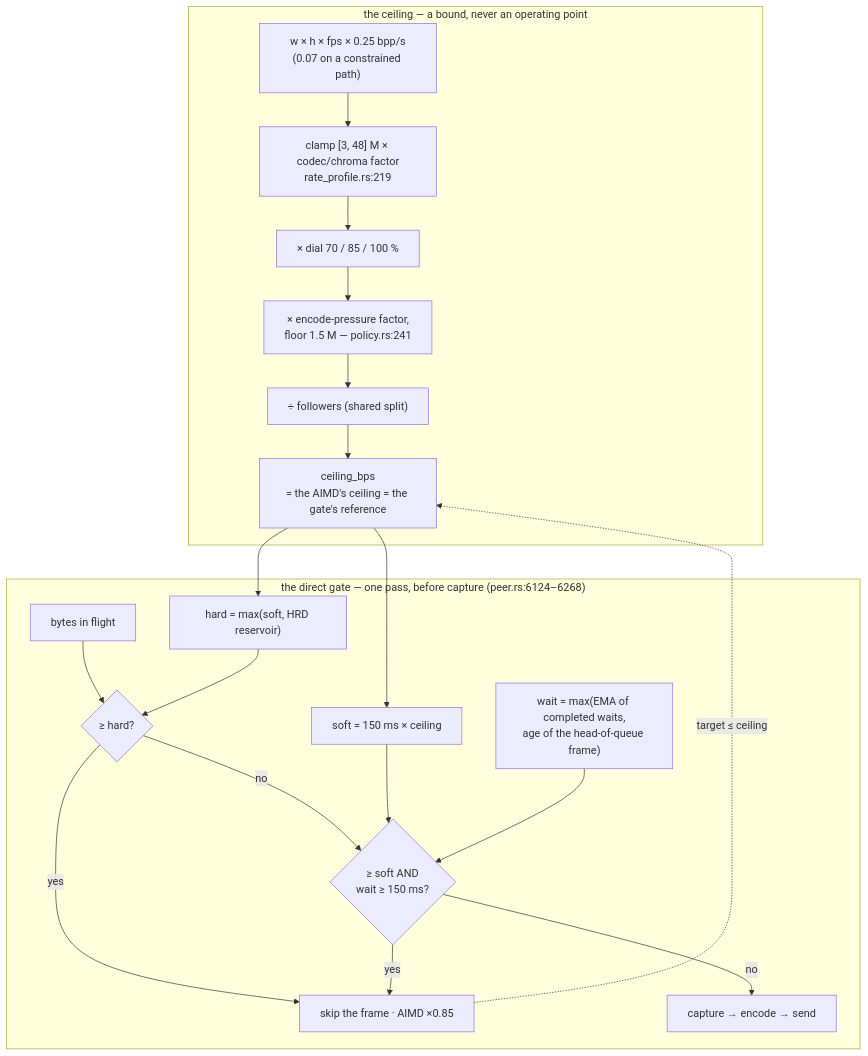
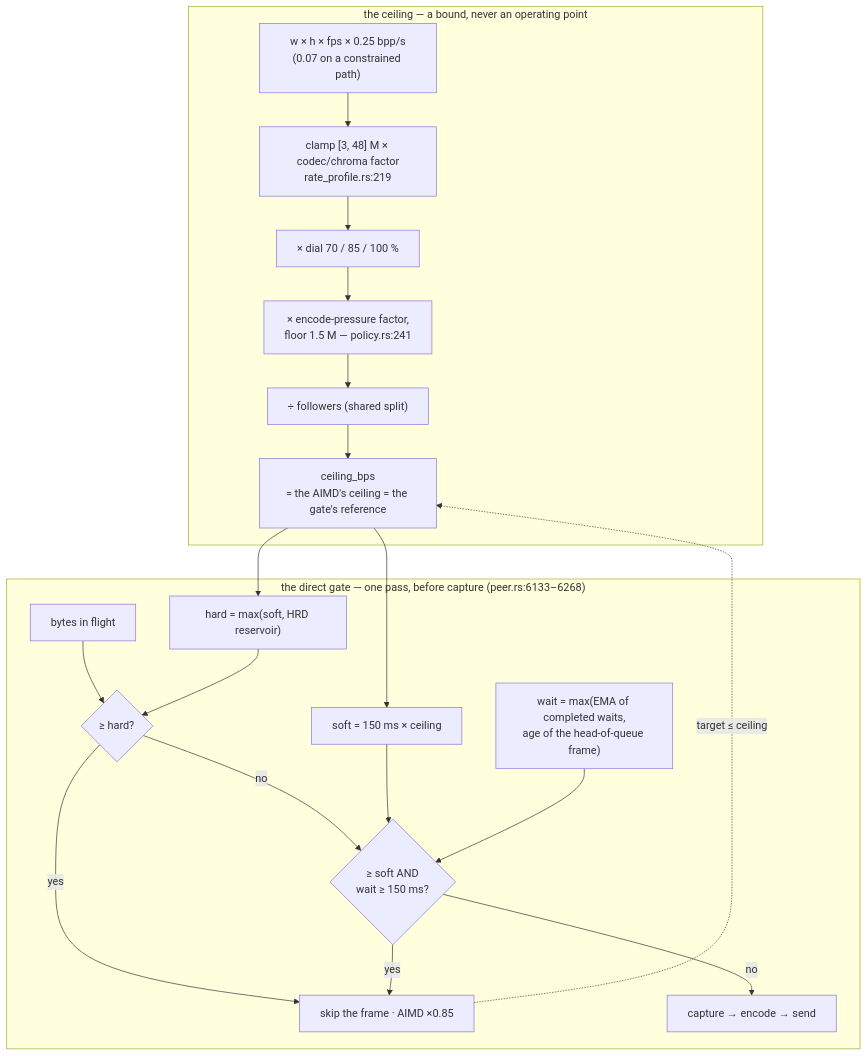
One commit to gjovanov/roomler-ai changed the fifth of 7 diagrams in docs/rate-control.md. Above: the diagram before and after it, drawn with Mermaid. The commit also changed other lines of this file and 17 other files, not shown here.

````diff
--- a/docs/rate-control.md
+++ b/docs/rate-control.md
@@ -658,24 +658,24 @@
 ```mermaid
 flowchart TB
     subgraph ceiling["the ceiling — a bound, never an operating point"]
         G["w × h × fps × 0.25 bpp/s<br/>(0.07 on a constrained path)"] --> C["clamp [3, 48] M × codec/chroma factor<br/>rate_profile.rs:219"]
         C --> D["× dial 70 / 85 / 100 %"]
         D --> E["× encode-pressure factor,<br/>floor 1.5 M — policy.rs:241"]
         E --> S["÷ followers (shared split)"]
         S --> CEIL["ceiling_bps<br/>= the AIMD's ceiling = the gate's reference"]
     end
-    subgraph gate["the direct gate — one pass, before capture (peer.rs:6124–6268)"]
+    subgraph gate["the direct gate — one pass, before capture (peer.rs:6133–6268)"]
         CEIL --> SOFT["soft = 150 ms × ceiling"]
         CEIL --> HARD["hard = max(soft, HRD reservoir)"]
         W["wait = max(EMA of completed waits,<br/>age of the head-of-queue frame)"]
         Q["bytes in flight"] --> H{"≥ hard?"}
         HARD --> H
         H -- yes --> TRIP["skip the frame · AIMD ×0.85"]
         H -- no --> SQ{"≥ soft AND<br/>wait ≥ 150 ms?"}
         SOFT --> SQ
         W --> SQ
         SQ -- yes --> TRIP
         SQ -- no --> PASS["capture → encode → send"]
     end
     TRIP -.->|"target ≤ ceiling"| CEIL
 ```
````
